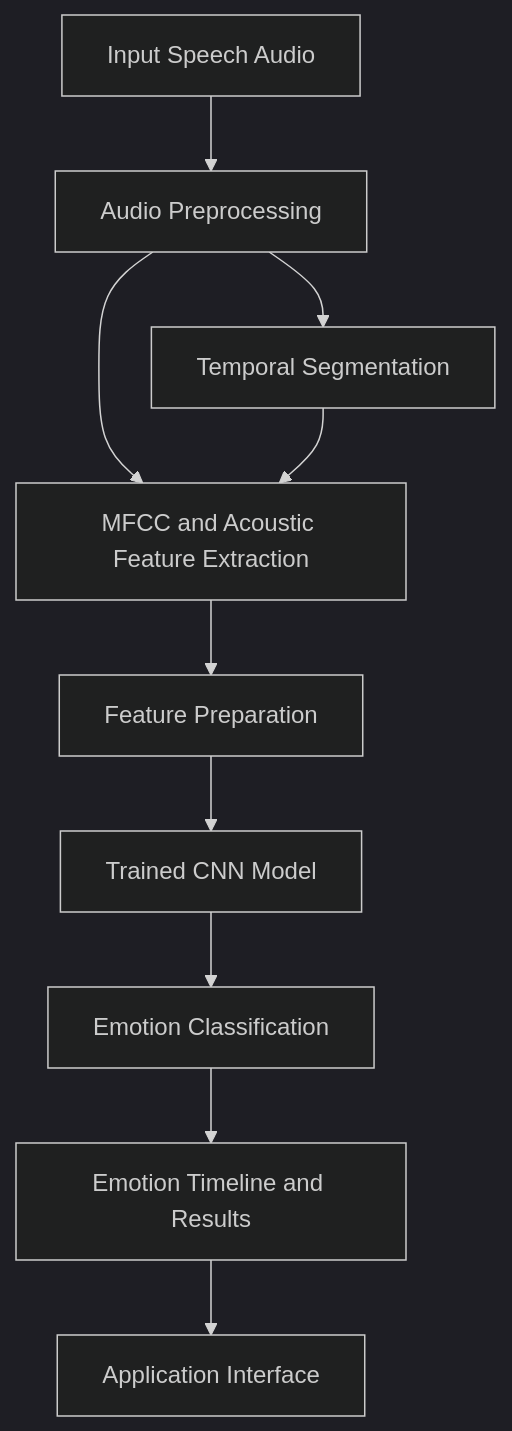
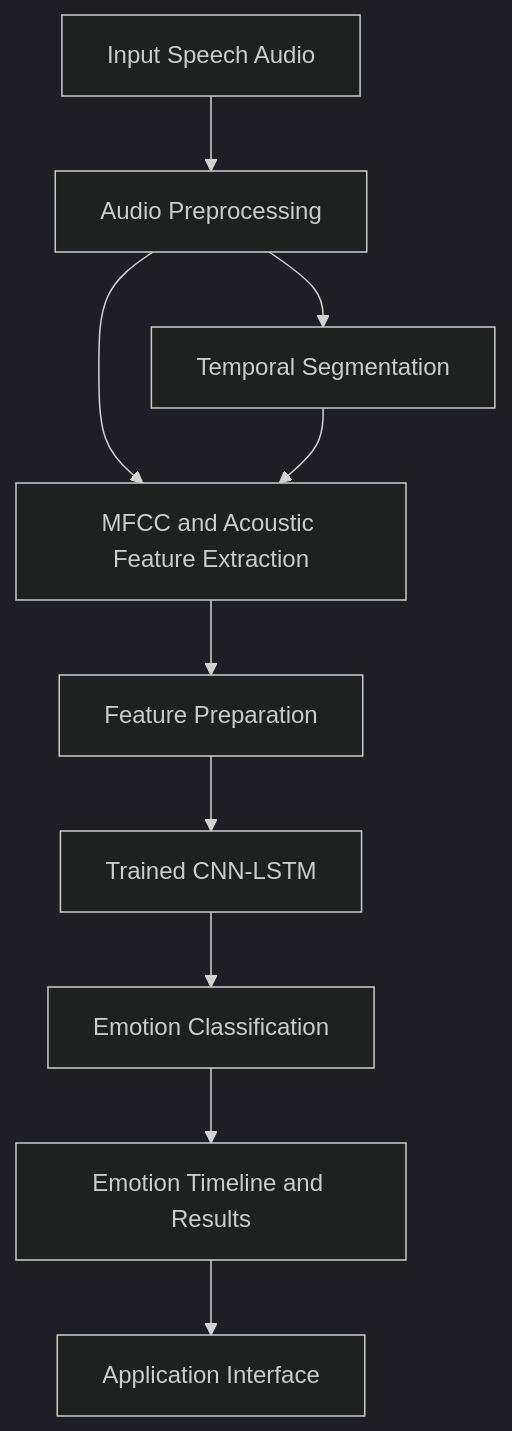
One commit to lostdreamer1379-lgtm/Noise-Robust-Speech-Emotion-Recognition-using-MFCC-and-CNN-with-Temporal-Emotional-Analysis changed the diagram in README.md. Above: the diagram before and after it, drawn with Mermaid (dark theme).

````diff
--- a/README.md
+++ b/README.md
@@ -31,12 +31,12 @@
 ```mermaid
 flowchart TD
     A[Input Speech Audio] --> B[Audio Preprocessing]
     B --> C[MFCC and Acoustic Feature Extraction]
     C --> D[Feature Preparation]
-    D --> E[Trained CNN Model]
+    D --> E[Trained CNN-LSTM]
     E --> F[Emotion Classification]
     B --> G[Temporal Segmentation]
     G --> C
     F --> H[Emotion Timeline and Results]
     H --> I[Application Interface]
 ```
````
